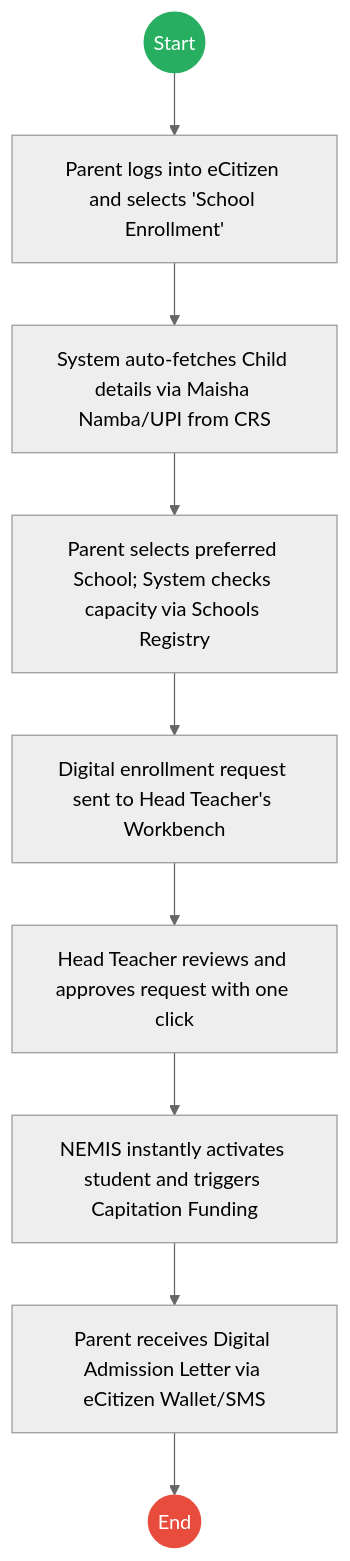
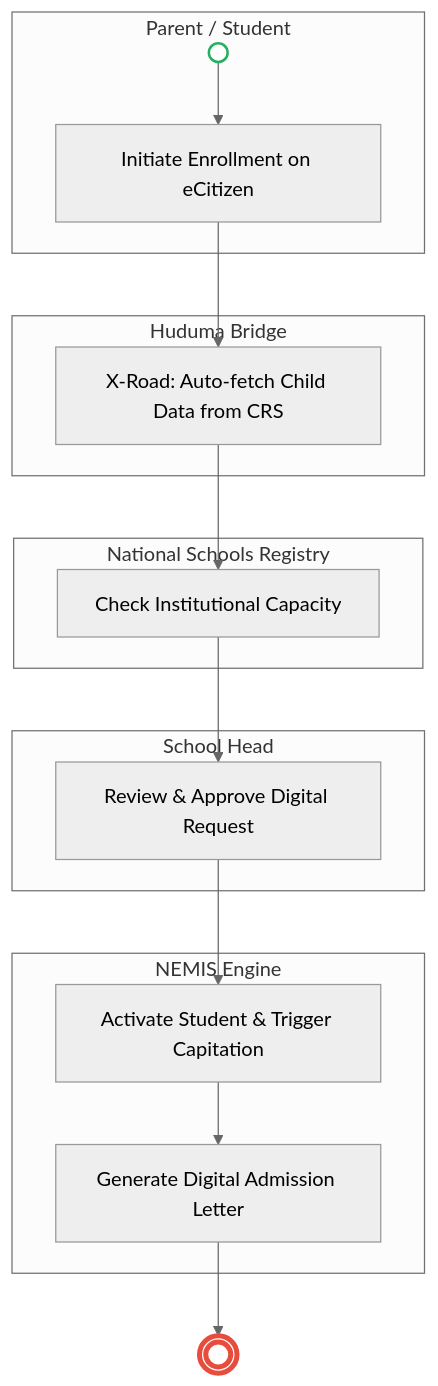
The second of 2 diagrams in mdas/docs_final/Ministry_of_Education___Service_Delivery.md (BITZ-IT-Consulting-LTD/ictapoc), drawn with Mermaid (neutral theme) before and after one commit. The commit also changed other lines of this file and 13 other files, not shown here.

````diff
--- a/mdas/docs_final/Ministry_of_Education___Service_Delivery.md
+++ b/mdas/docs_final/Ministry_of_Education___Service_Delivery.md
@@ -93,16 +96,28 @@
 ```mermaid
-graph TD
-    Start((Start)) --> T1
-    T1["Parent logs into eCitizen and selects 'School Enrollment'"] --> T2
-    T2["System auto-fetches Child details via Maisha Namba/UPI from CRS"] --> T3
-    T3["Parent selects preferred School; System checks capacity via Schools Registry"] --> T4
-    T4["Digital enrollment request sent to Head Teacher's Workbench"] --> T5
-    T5["Head Teacher reviews and approves request with one click"] --> T6
-    T6["NEMIS instantly activates student and triggers Capitation Funding"] --> T7
-    T7["Parent receives Digital Admission Letter via eCitizen Wallet/SMS"] --> End((End))
+flowchart TD
+    subgraph Citizen["Parent / Student"]
+        Start(( )) --> T1[Initiate Enrollment on eCitizen]
+    end
 
-    classDef start fill:#27ae60,stroke:#27ae60,color:#fff;
-    classDef endNode fill:#e74c3c,stroke:#e74c3c,color:#fff;
-    class Start start;
-    class End endNode;
+    subgraph Hub["Huduma Bridge"]
+        T1 --> T2[X-Road: Auto-fetch Child Data from CRS]
+    end
+
+    subgraph Registry["National Schools Registry"]
+        T2 --> T3[Check Institutional Capacity]
+    end
+
+    subgraph School["School Head"]
+        T3 --> T4[Review & Approve Digital Request]
+    end
+
+    subgraph NEMIS["NEMIS Engine"]
+        T4 --> T5[Activate Student & Trigger Capitation]
+        T5 --> T6[Generate Digital Admission Letter]
+    end
+
+    T6 --> End((( )))
+
+    style Start fill:#fff,stroke:#27ae60,stroke-width:2px
+    style End fill:#fff,stroke:#e74c3c,stroke-width:4px
 ```
````
